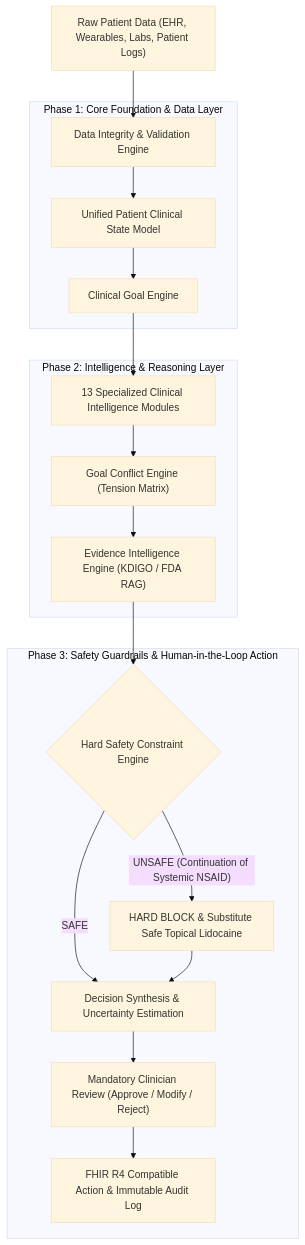
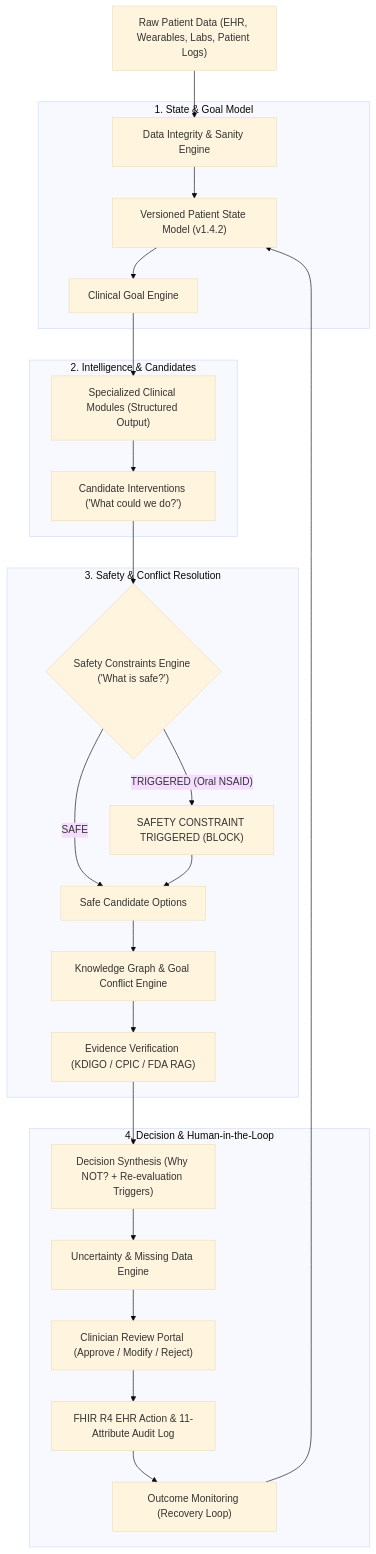
One commit to Rahul-gits/longitudinal-health-intelligence-engine changed the diagram in README.md. Above: the diagram before and after it, drawn with Mermaid (base theme). The commit also changed other lines of this file and 11 other files, not shown here.

Commit message:
feat: refactor to closed-loop clinical decision intelligence architecture with knowledge graph and 50-scenario benchmark

````diff
--- a/README.md
+++ b/README.md
@@ -30,24 +20,32 @@
 ```mermaid
 graph TD
-    A["Raw Patient Data (EHR, Wearables, Labs, Patient Logs)"] --> B["Data Integrity & Validation Engine"]
+    A["Raw Patient Data (EHR, Wearables, Labs, Patient Logs)"] --> B["Data Integrity & Sanity Engine"]
     
-    subgraph Phase1_Data_Layer["Phase 1: Core Foundation & Data Layer"]
-        B --> C["Unified Patient Clinical State Model"]
+    subgraph S1["1. State & Goal Model"]
+        B --> C["Versioned Patient State Model (v1.4.2)"]
         C --> D["Clinical Goal Engine"]
     end
     
-    subgraph Phase2_Intelligence["Phase 2: Intelligence & Reasoning Layer"]
-        D --> E["13 Specialized Clinical Intelligence Modules"]
-        E --> F["Goal Conflict Engine (Tension Matrix)"]
-        F --> G["Evidence Intelligence Engine (KDIGO / FDA RAG)"]
+    subgraph S2["2. Intelligence & Candidates"]
+        D --> E["Specialized Clinical Modules (Structured Output)"]
+        E --> F["Candidate Interventions ('What could we do?')"]
     end
     
-    subgraph Phase3_Safety_Action["Phase 3: Safety Guardrails & Human-in-the-Loop Action"]
-        G --> H{"Hard Safety Constraint Engine"}
-        H -- "UNSAFE (Continuation of Systemic NSAID)" --> I["HARD BLOCK & Substitute Safe Topical Lidocaine"]
-        H -- "SAFE" --> J["Decision Synthesis & Uncertainty Estimation"]
-        I --> J
-        J --> K["Mandatory Clinician Review (Approve / Modify / Reject)"]
-        K --> L["FHIR R4 Compatible Action & Immutable Audit Log"]
+    subgraph S3["3. Safety & Conflict Resolution"]
+        F --> G{"Safety Constraints Engine ('What is safe?')"}
+        G -- "TRIGGERED (Oral NSAID)" --> H["SAFETY CONSTRAINT TRIGGERED (BLOCK)"]
+        G -- "SAFE" --> I["Safe Candidate Options"]
+        H --> I
+        I --> J["Knowledge Graph & Goal Conflict Engine"]
+        J --> K["Evidence Verification (KDIGO / CPIC / FDA RAG)"]
+    end
+    
+    subgraph S4["4. Decision & Human-in-the-Loop"]
+        K --> L["Decision Synthesis (Why NOT? + Re-evaluation Triggers)"]
+        L --> M["Uncertainty & Missing Data Engine"]
+        M --> N["Clinician Review Portal (Approve / Modify / Reject)"]
+        N --> O["FHIR R4 EHR Action & 11-Attribute Audit Log"]
+        O --> P["Outcome Monitoring (Recovery Loop)"]
+        P --> C
     end
 ```
````
